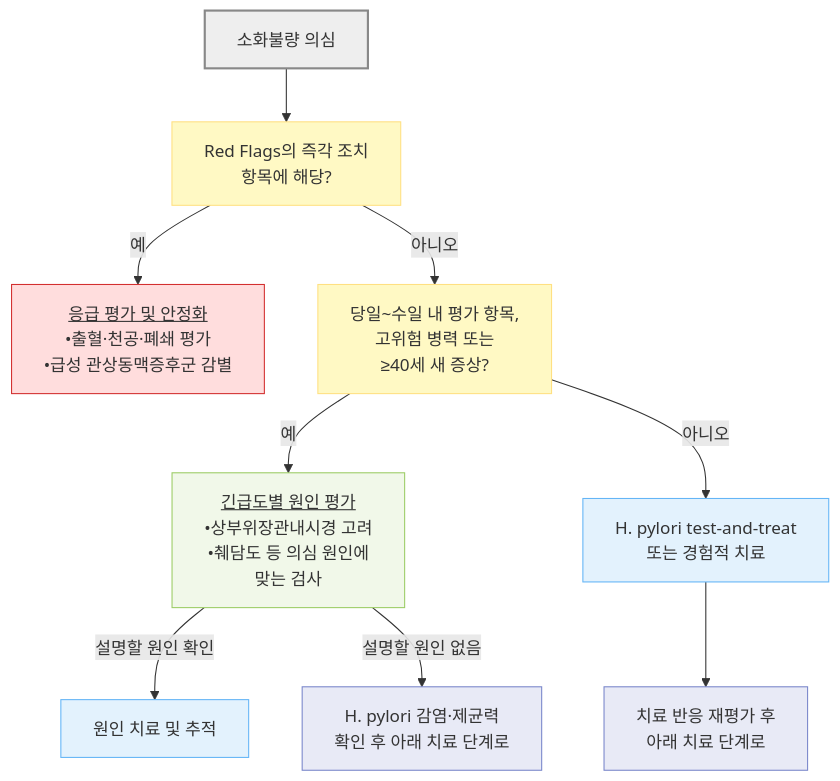
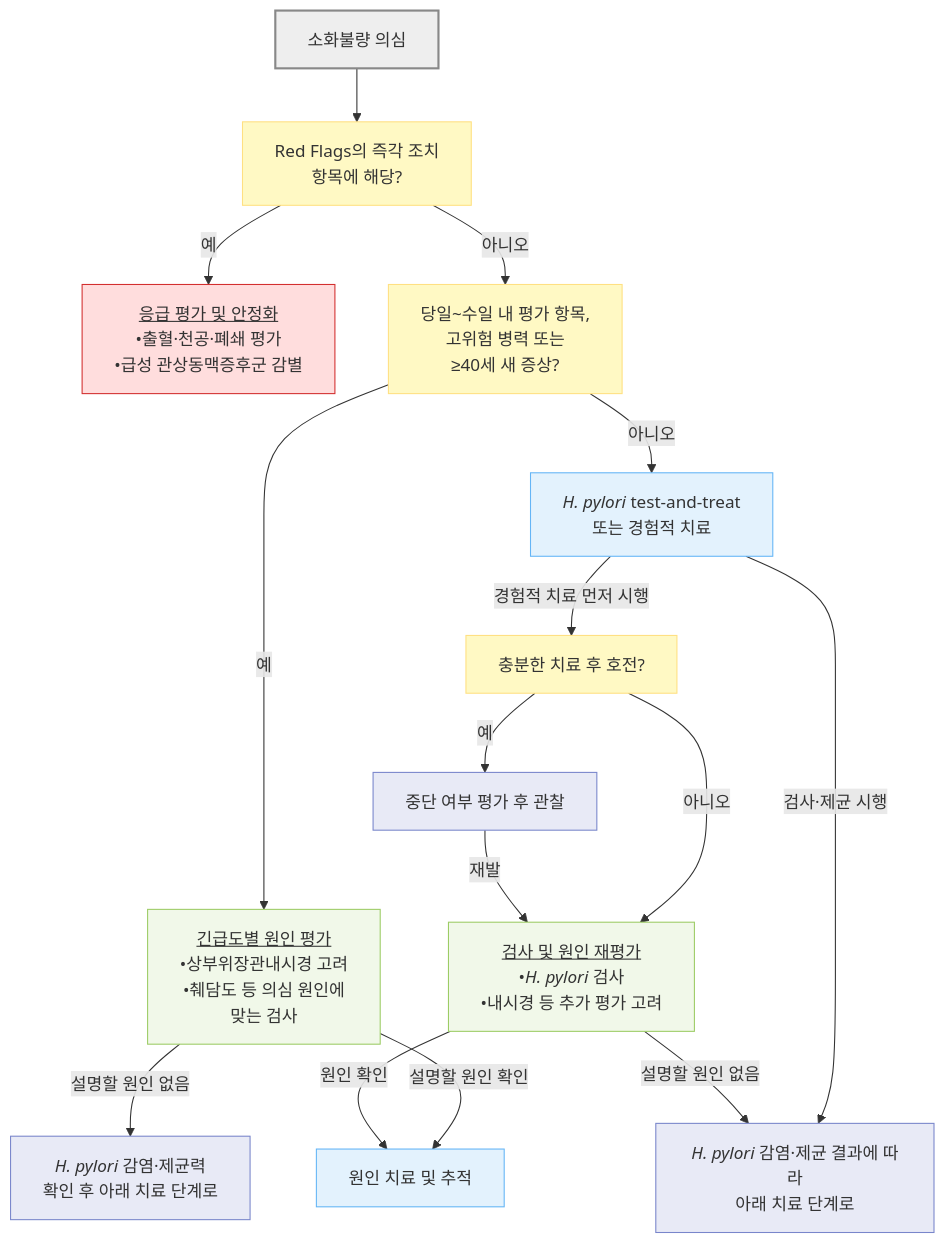
The first of 2 diagrams in 224_/075_-indigestion-dyspepsia.md (familyoh77/familyoh77), drawn with Mermaid before and after one commit. The commit also changed other lines of this file, not shown here.

````diff
--- a/224_/075_-indigestion-dyspepsia.md
+++ b/224_/075_-indigestion-dyspepsia.md
@@ -291,22 +293,28 @@
 ```mermaid
 flowchart TD
     A["소화불량 의심"] --> B["Red Flags의 즉각 조치<br/>항목에 해당?"]
     B -- "예" --> C["<u>응급 평가 및 안정화</u><br/>•출혈·천공·폐쇄 평가<br/>•급성 관상동맥증후군 감별"]
     B -- "아니오" --> D["당일~수일 내 평가 항목,<br/>고위험 병력 또는<br/>≥40세 새 증상?"]
     D -- "예" --> E["<u>긴급도별 원인 평가</u><br/>•상부위장관내시경 고려<br/>•췌담도 등 의심 원인에<br/>맞는 검사"]
-    D -- "아니오" --> F["H. pylori test-and-treat<br/>또는 경험적 치료"]
+    D -- "아니오" --> F["<i>H. pylori</i> test-and-treat<br/>또는 경험적 치료"]
     E -- "설명할 원인 확인" --> G["원인 치료 및 추적"]
-    E -- "설명할 원인 없음" --> H["H. pylori 감염·제균력<br/>확인 후 아래 치료 단계로"]
-    F --> I["치료 반응 재평가 후<br/>아래 치료 단계로"]
+    E -- "설명할 원인 없음" --> H["<i>H. pylori</i> 감염·제균력<br/>확인 후 아래 치료 단계로"]
+    F -- "검사·제균 시행" --> I["<i>H. pylori</i> 감염·제균 결과에 따라<br/>아래 치료 단계로"]
+    F -- "경험적 치료 먼저 시행" --> J["충분한 치료 후 호전?"]
+    J -- "예" --> K["중단 여부 평가 후 관찰"]
+    J -- "아니오" --> L["<u>검사 및 원인 재평가</u><br/>•<i>H. pylori</i> 검사<br/>•내시경 등 추가 평가 고려"]
+    K -- "재발" --> L
+    L -- "설명할 원인 없음" --> I
+    L -- "원인 확인" --> G
     classDef question fill:#fff9c4,stroke:#ffe082
     classDef treatment fill:#e3f2fd,stroke:#64b5f6
     classDef examination fill:#f1f8e9,stroke:#9ccc65
     classDef danger fill:#ffdddd,stroke:#d32f2f
     classDef transition fill:#e8eaf6,stroke:#7986cb
-    class B,D question
+    class B,D,J question
     class F,G treatment
-    class E examination
+    class E,L examination
     class C danger
-    class H,I transition
+    class H,I,K transition
     style A fill:#eeeeee,stroke:#888888,stroke-width:2px
 ```
````
